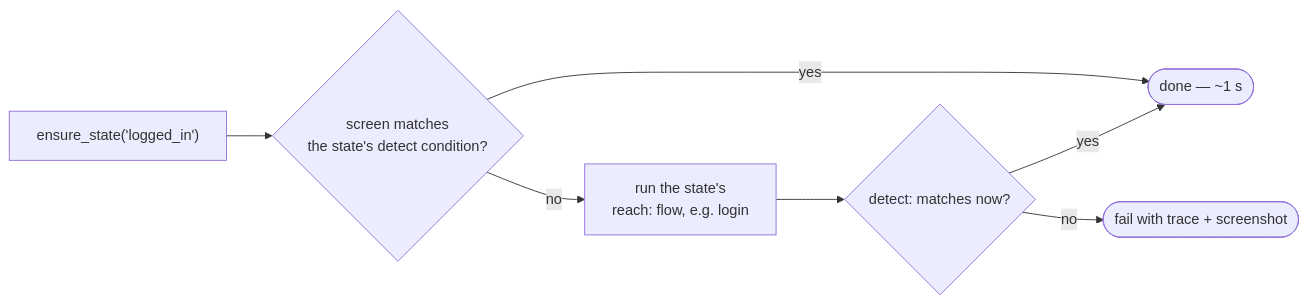
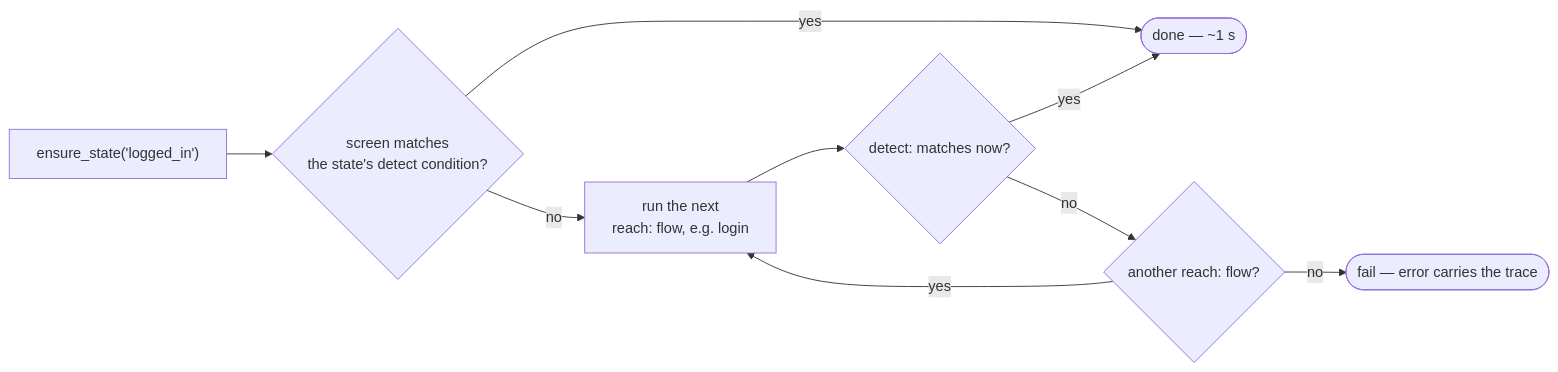
The second of 2 diagrams in README.md (mholecy/averi), drawn with Mermaid before and after one commit. The commit also changed other lines of this file and 10 other files, not shown here.

````diff
--- a/README.md
+++ b/README.md
@@ -53,9 +53,11 @@
 ```mermaid
 flowchart LR
     A["ensure_state('logged_in')"] --> B{"screen matches<br/>the state's detect condition?"}
     B -- yes --> C(["done — ~1 s"])
-    B -- no --> D["run the state's<br/>reach: flow, e.g. login"]
+    B -- no --> D["run the next<br/>reach: flow, e.g. login"]
     D --> E{"detect: matches now?"}
     E -- yes --> C
-    E -- no --> F(["fail with trace + screenshot"])
+    E -- no --> G{"another reach: flow?"}
+    G -- yes --> D
+    G -- no --> F(["fail — error carries the trace"])
 ```
````
